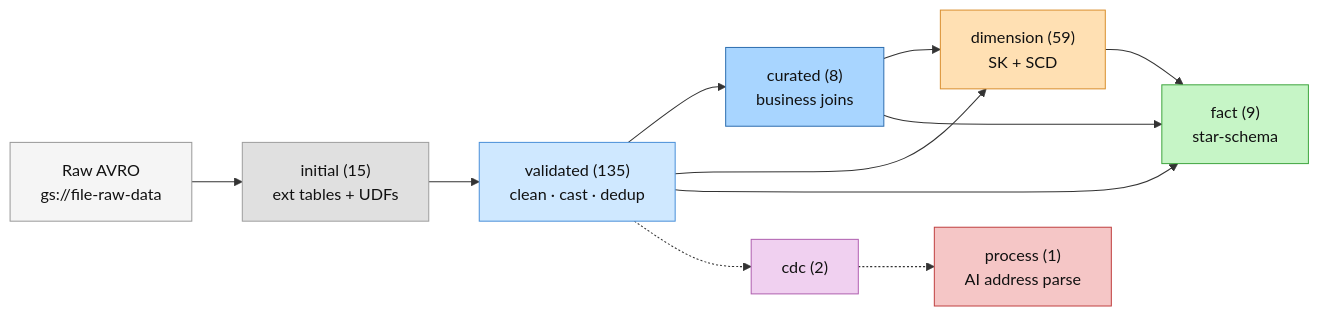
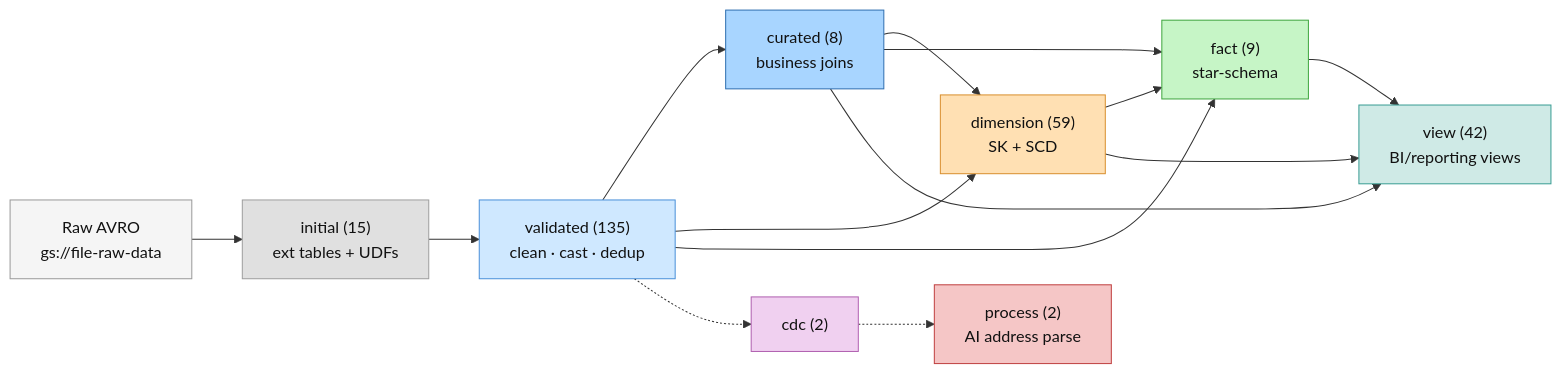
One commit to warayut-ALL-IN-AI/data-buffet changed the first of 6 diagrams in document/diagrams/pipeline_lineage.md. Above: the diagram before and after it, drawn with Mermaid. The commit also changed other lines of this file and 6 other files, not shown here.

````diff
--- a/document/diagrams/pipeline_lineage.md
+++ b/document/diagrams/pipeline_lineage.md
@@ -24,34 +24,40 @@
 ```mermaid
 flowchart LR
   raw["Raw AVRO<br/>gs://file-raw-data"]
   I["initial (15)<br/>ext tables + UDFs"]
   V["validated (135)<br/>clean · cast · dedup"]
   C["curated (8)<br/>business joins"]
   D["dimension (59)<br/>SK + SCD"]
   F["fact (9)<br/>star-schema"]
+  VW["view (42)<br/>BI/reporting views"]
   CDC["cdc (2)"]
-  P["process (1)<br/>AI address parse"]
+  P["process (2)<br/>AI address parse"]
   raw --> I --> V --> C
   C --> D
   C --> F
   V --> D
   V --> F
   D --> F
+  D --> VW
+  F --> VW
+  C --> VW
   V -.-> CDC -.-> P
   classDef raw fill:#f5f5f5,stroke:#999,color:#111;
   classDef initial fill:#e0e0e0,stroke:#9e9e9e,color:#111;
   classDef validated fill:#cfe8ff,stroke:#4a90d9,color:#111;
   classDef curated fill:#a8d5ff,stroke:#2f6fb0,color:#111;
   classDef dimension fill:#ffe0b3,stroke:#d98f2f,color:#111;
   classDef fact fill:#c6f5c6,stroke:#3fa63f,color:#111;
+  classDef view fill:#cfeae6,stroke:#3a9d94,color:#111;
   classDef cdc fill:#f0d0f0,stroke:#b060b0,color:#111;
   classDef process fill:#f5c6c6,stroke:#c04040,color:#111;
   class raw raw;
   class I initial;
   class V validated;
   class C curated;
   class D dimension;
   class F fact;
+  class VW view;
   class CDC cdc;
   class P process;
 ```
````
